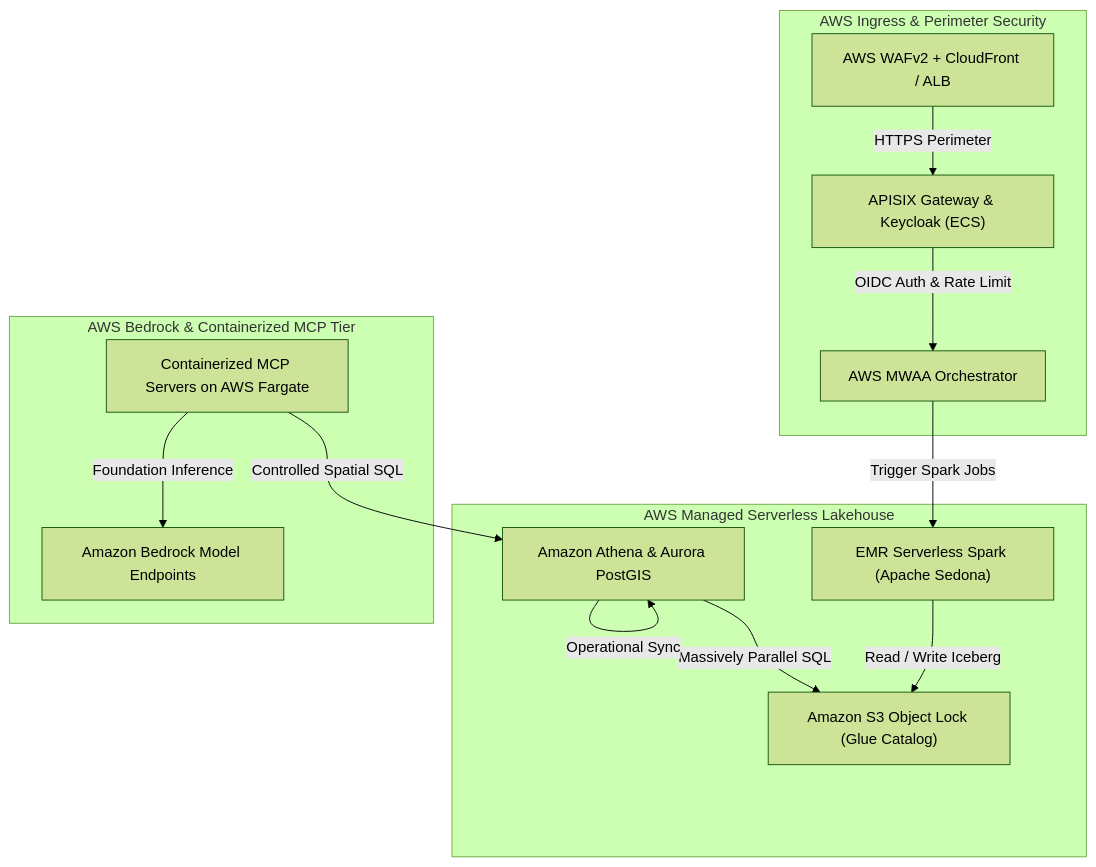
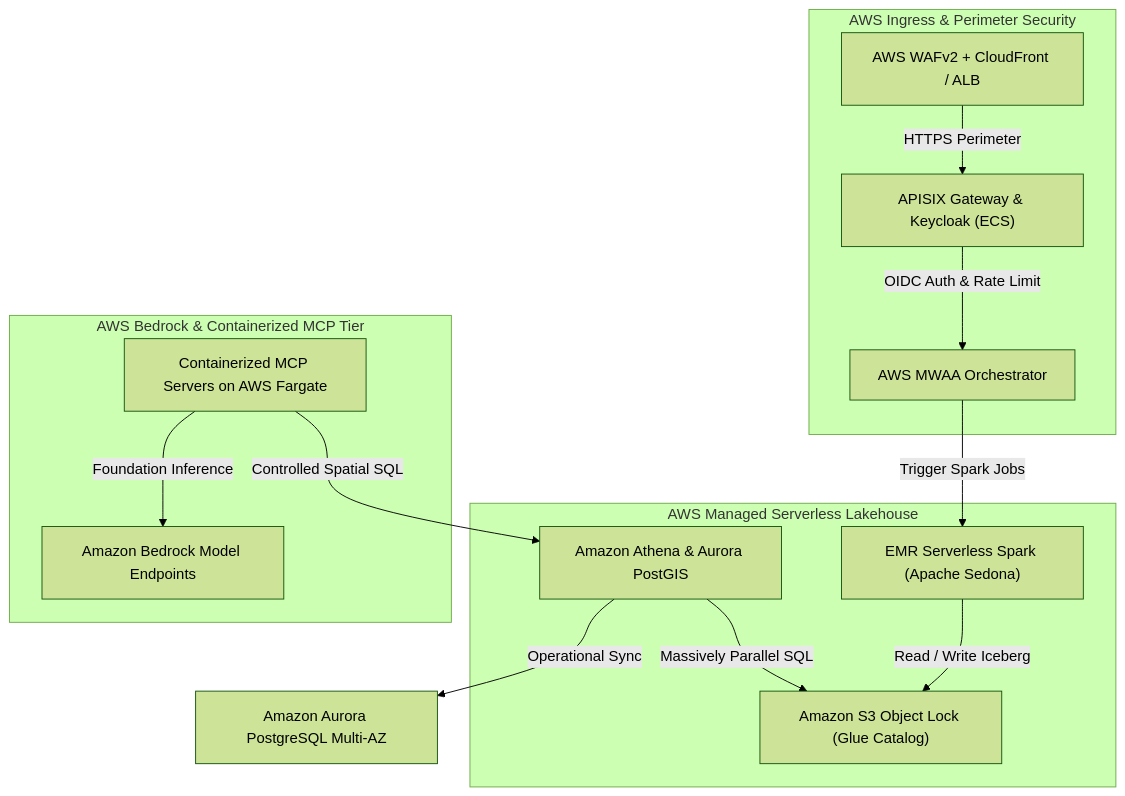
Before and after one commit to linuxmalaysia/bda-ai-infra: the diagram in docs/reference/solution-1-aws-native.md, drawn with Mermaid (forest theme). The commit also changed 18 other files, not shown here.

First line of the commit message:
docs: address PR review feedback across diagrams, Mermaid graphs, and routing tables

````diff
--- a/docs/reference/solution-1-aws-native.md
+++ b/docs/reference/solution-1-aws-native.md
@@ -107,30 +107,31 @@
 ```mermaid
 flowchart TD
     subgraph Ingress ["AWS Ingress & Perimeter Security"]
         WAF["AWS WAFv2 + CloudFront / ALB"]
         APISIX["APISIX Gateway & Keycloak (ECS)"]
         MWAA["AWS MWAA Orchestrator"]
     end
 
     subgraph Lakehouse ["AWS Managed Serverless Lakehouse"]
         EMR["EMR Serverless Spark (Apache Sedona)"]
         S3["Amazon S3 Object Lock (Glue Catalog)"]
         Athena["Amazon Athena & Aurora PostGIS"]
     end
 
     subgraph AI ["AWS Bedrock & Containerized MCP Tier"]
         Bedrock["Amazon Bedrock Model Endpoints"]
         FargateMCP["Containerized MCP Servers on AWS Fargate"]
     end
 
     WAF -->|"HTTPS Perimeter"| APISIX
     APISIX -->|"OIDC Auth & Rate Limit"| MWAA
     MWAA -->|"Trigger Spark Jobs"| EMR
 
     EMR -->|"Read / Write Iceberg"| S3
+    Aurora["Amazon Aurora PostgreSQL Multi-AZ"]
     Athena -->|"Massively Parallel SQL"| S3
-    Athena -->|"Operational Sync"| Athena
+    Athena -->|"Operational Sync"| Aurora
 
     FargateMCP -->|"Controlled Spatial SQL"| Athena
     FargateMCP -->|"Foundation Inference"| Bedrock
 ```
````
